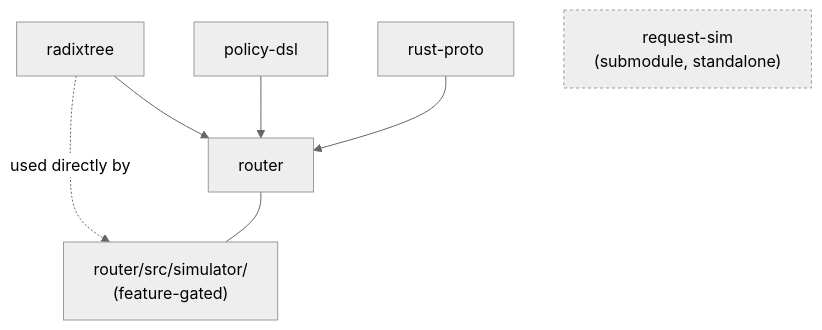
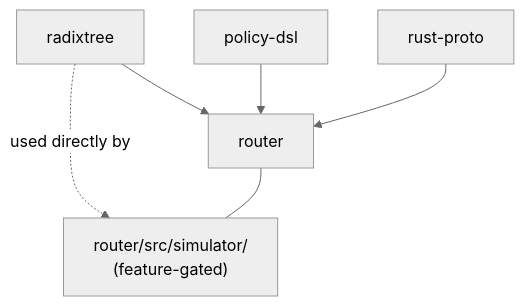
The second of 7 diagrams in docs/architecture.md (blitz-serving/blitz-router), drawn with Mermaid (neutral theme) before and after one commit. The commit also changed other lines of this file, not shown here.

````diff
--- a/docs/architecture.md
+++ b/docs/architecture.md
@@ -70,10 +66,8 @@
 ```mermaid
 graph TD
     radixtree --> router
     policy_dsl["policy-dsl"] --> router
     rust_proto["rust-proto"] --> router
     radixtree -. used directly by .-> sim["router/src/simulator/<br/>(feature-gated)"]
     router --- sim
-    classDef ext fill:#eee,stroke:#999,stroke-dasharray: 3 3
-    request_sim["request-sim<br/>(submodule, standalone)"]:::ext
 ```
````
